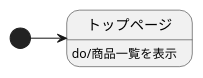
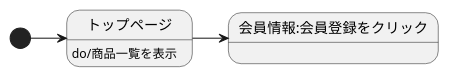
Before and after one commit to Aso2001224/2021sys-design: the diagram in 画面遷移図(original).md, drawn with PlantUML.

````diff
--- a/画面遷移図(original).md
+++ b/画面遷移図(original).md
@@ -1,6 +1,7 @@
 ```uml
 @startuml
 [*]->トップページ
 トップページ:do/商品一覧を表示
+トップページ->会員情報:会員登録をクリック
 @enduml
 ```
````
